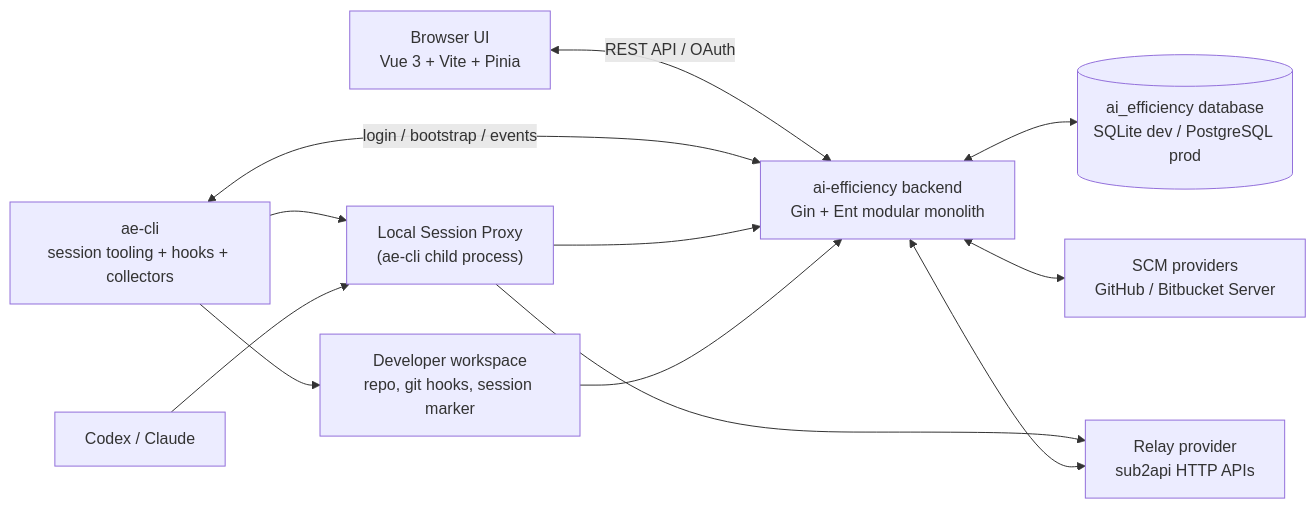
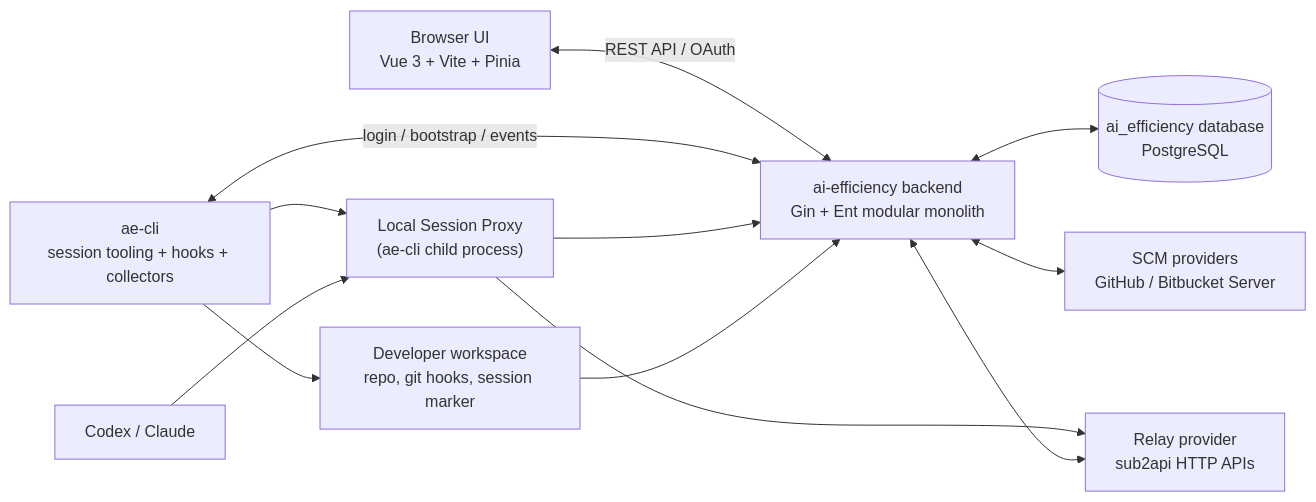
One commit to LichKing-2234/ai-efficiency changed the first of 4 diagrams in docs/architecture.md. Above: the diagram before and after it, drawn with Mermaid. The commit also changed 36 other files, not shown here.

````diff
--- a/docs/architecture.md
+++ b/docs/architecture.md
@@ -23,24 +23,24 @@
 ```mermaid
 flowchart LR
     Browser["Browser UI<br/>Vue 3 + Vite + Pinia"]
     CLI["ae-cli<br/>session tooling + hooks + collectors"]
     Proxy["Local Session Proxy<br/>(ae-cli child process)"]
     Tool["Codex / Claude"]
     Backend["ai-efficiency backend<br/>Gin + Ent modular monolith"]
-    DB[("ai_efficiency database<br/>SQLite dev / PostgreSQL prod")]
+    DB[("ai_efficiency database<br/>PostgreSQL")]
     SCM["SCM providers<br/>GitHub / Bitbucket Server"]
     Relay["Relay provider<br/>sub2api HTTP APIs"]
     Workspace["Developer workspace<br/>repo, git hooks, session marker"]
 
     Browser <-->|REST API / OAuth| Backend
     CLI <-->|login / bootstrap / events| Backend
     CLI --> Proxy
     Tool --> Proxy
     Proxy --> Relay
     Proxy --> Backend
     Backend <--> DB
     Backend <--> SCM
     Backend <--> Relay
     CLI --> Workspace
     Workspace --> Backend
 ```
````
